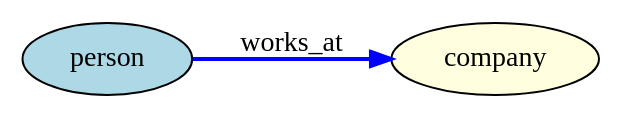
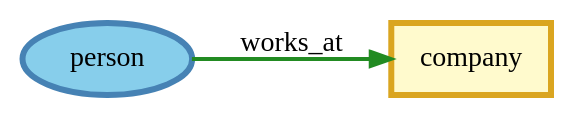
The second of 4 diagrams in docs/source/gfql/translate.rst (graphistry/pygraphistry), drawn with Graphviz before and after one commit. The commit also changed other lines of this file, not shown here.

First line of the commit message:
docs(gfql): apply consistent diagram styling to translate.rst

```diff
--- a/docs/source/gfql/translate.rst
+++ b/docs/source/gfql/translate.rst
@@ -134,8 +134,8 @@
 .. graphviz::
 
    digraph relationships {
        rankdir=LR;
-       person [style=filled, fillcolor=lightblue, label="person"];
-       company [style=filled, fillcolor=lightyellow, label="company"];
-       person -> company [label="works_at", color=blue, penwidth=2];
+       person [label="person", style="filled,bold", fillcolor="#87CEEB", penwidth=3, color="#4682B4"];
+       company [label="company", shape=box, style="filled,bold", fillcolor="#FFFACD", penwidth=3, color="#DAA520"];
+       person -> company [label="works_at", style=bold, color="#228B22", penwidth=2];
    }
```
